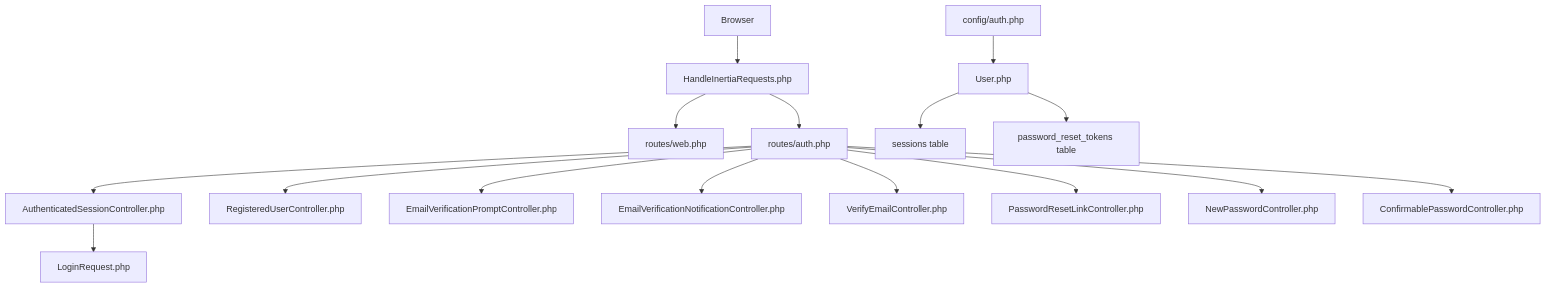
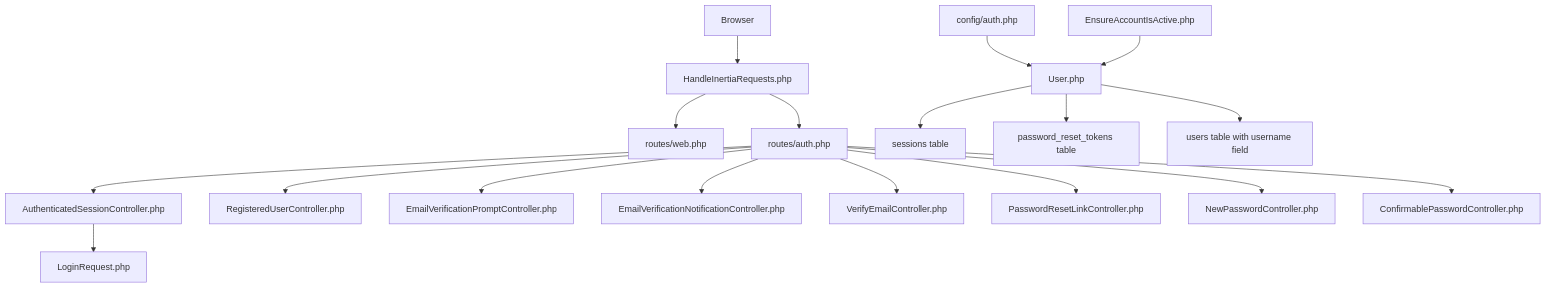
The second of 11 diagrams in .qoder/repowiki/en/content/Authentication System/Authentication System.md (vincet0t15/template), drawn with Mermaid before and after one commit. The commit also changed other lines of this file and 12 other files, not shown here.

````diff
--- a/.qoder/repowiki/en/content/Authentication System/Authentication System.md
+++ b/.qoder/repowiki/en/content/Authentication System/Authentication System.md
@@ -147,35 +178,39 @@
 ```mermaid
 graph TB
 CLIENT["Browser"]
 INERT["HandleInertiaRequests.php"]
 WEBRT["routes/web.php"]
 AUTHRT["routes/auth.php"]
 LREQ["LoginRequest.php"]
 SESS["AuthenticatedSessionController.php"]
 REGC["RegisteredUserController.php"]
 VERNP["EmailVerificationPromptController.php"]
 VERN["EmailVerificationNotificationController.php"]
 VERF["VerifyEmailController.php"]
 FORG["PasswordResetLinkController.php"]
 NEWP["NewPasswordController.php"]
 CONF["ConfirmablePasswordController.php"]
+ACT["EnsureAccountIsActive.php"]
 AUTHCFG["config/auth.php"]
 USER["User.php"]
 SESSDB["sessions table"]
 PASSDB["password_reset_tokens table"]
+USERNAME["users table with username field"]
 CLIENT --> INERT
 INERT --> WEBRT
 INERT --> AUTHRT
 AUTHRT --> SESS
 AUTHRT --> REGC
 AUTHRT --> VERNP
 AUTHRT --> VERN
 AUTHRT --> VERF
 AUTHRT --> FORG
 AUTHRT --> NEWP
 AUTHRT --> CONF
 SESS --> LREQ
 AUTHCFG --> USER
 USER --> SESSDB
 USER --> PASSDB
+USER --> USERNAME
+ACT --> USER
 ```
````
